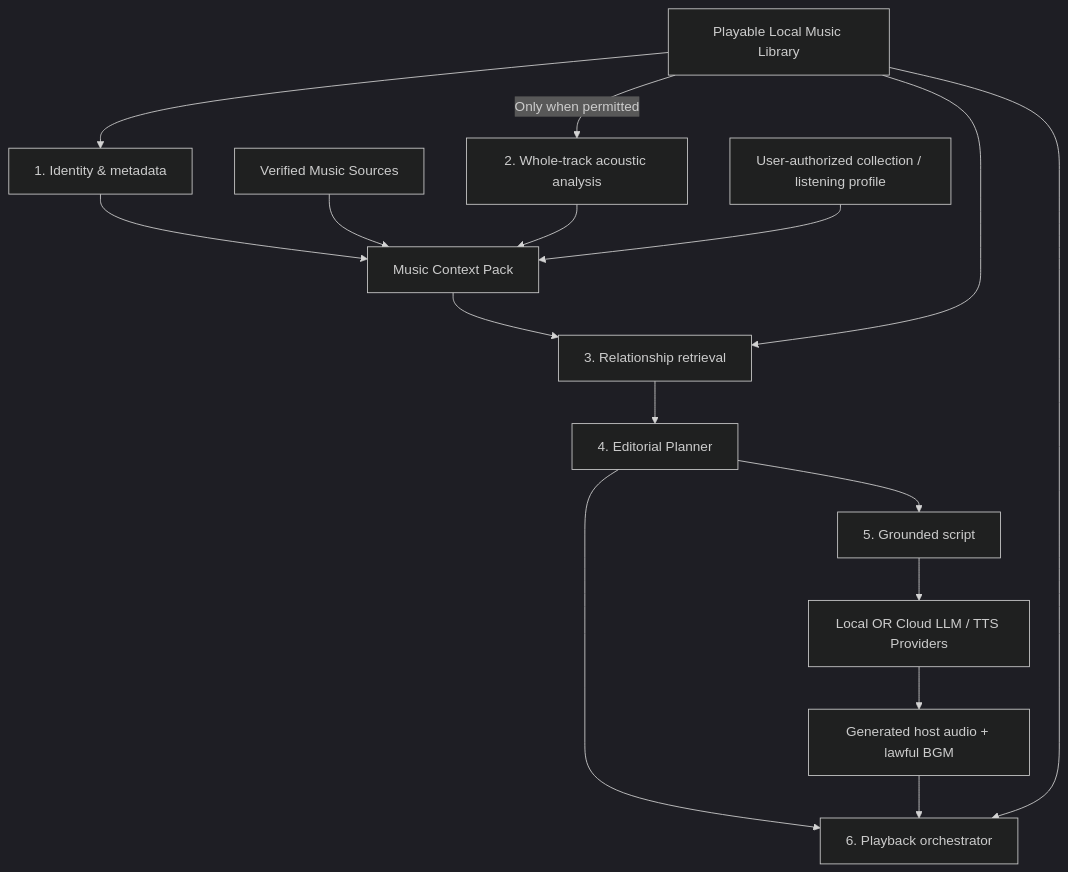
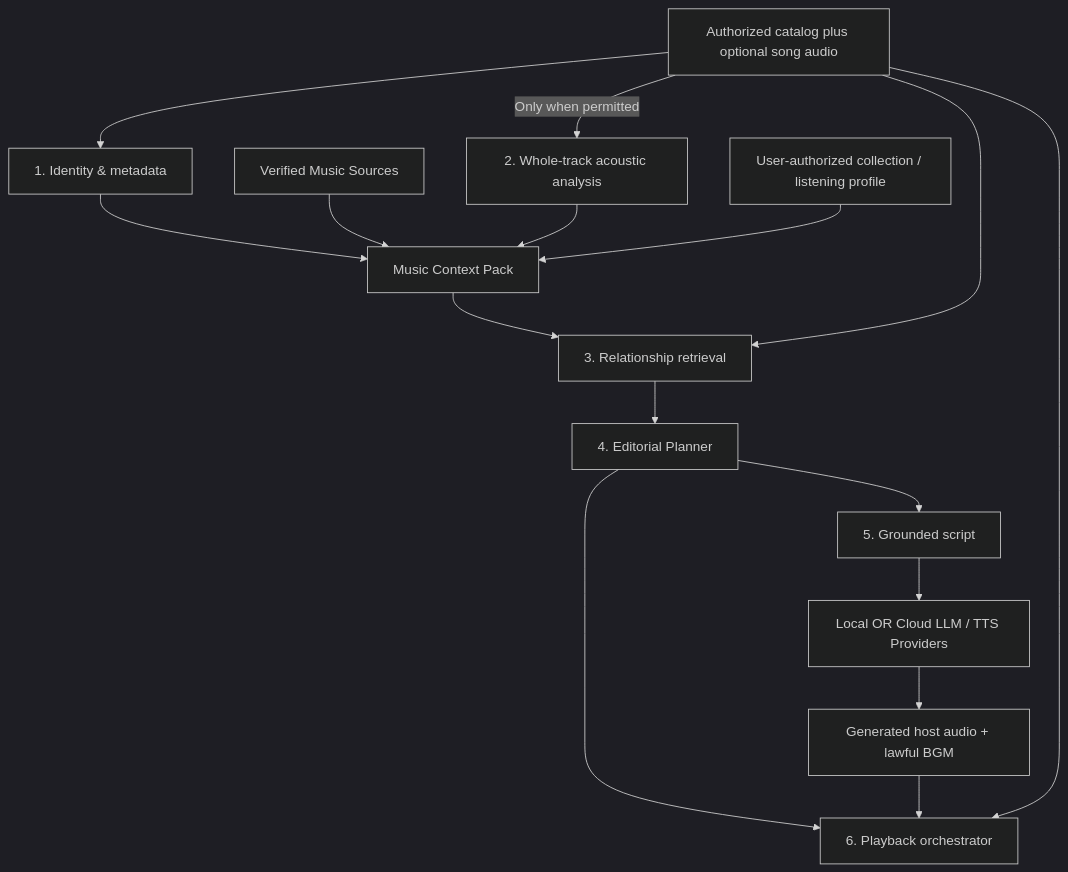
One commit to JohnnyBGoodeLithium/AI-Music-Radio changed the diagram in docs/04-conceptual-architecture.md. Above: the diagram before and after it, drawn with Mermaid (dark theme). The commit also changed other lines of this file and 19 other files, not shown here.

````diff
--- a/docs/04-conceptual-architecture.md
+++ b/docs/04-conceptual-architecture.md
@@ -26,18 +21,18 @@
 ```mermaid
 flowchart TD
-  S[Playable Local Music Library] --> ID[1. Identity & metadata]
+  S[Authorized catalog plus optional song audio] --> ID[1. Identity & metadata]
   ID --> CTX[Music Context Pack]
   K[Verified Music Sources] --> CTX
   S -->|Only when permitted| AF[2. Whole-track acoustic analysis]
   AF --> CTX
   P[User-authorized collection / listening profile] --> CTX
   CTX --> RET[3. Relationship retrieval]
   S --> RET
   RET --> PLAN[4. Editorial Planner]
   PLAN --> SCRIPT[5. Grounded script]
   SCRIPT --> PROVIDER[Local OR Cloud LLM / TTS Providers]
   PROVIDER --> ASSET[Generated host audio + lawful BGM]
   PLAN --> PLAY[6. Playback orchestrator]
   ASSET --> PLAY
   S --> PLAY
 ```
````
